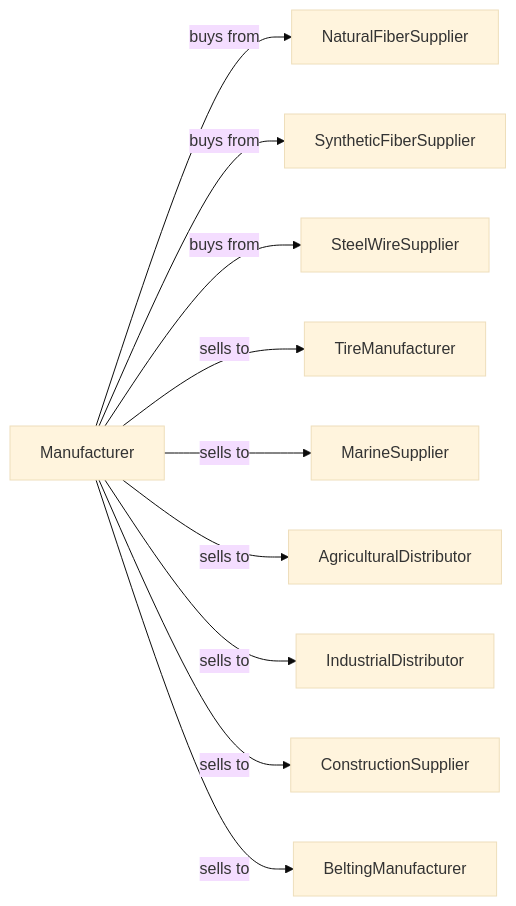
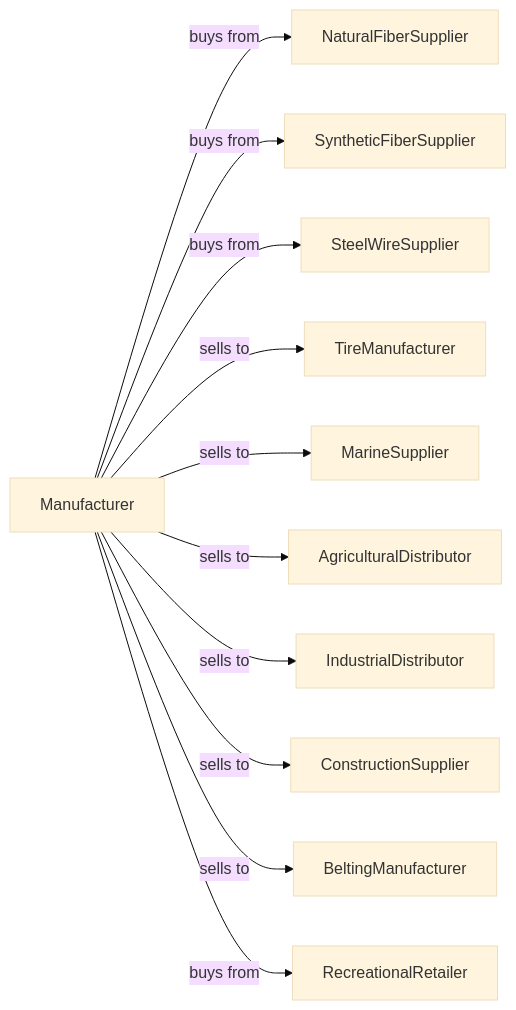
Before and after one commit to dot-org-ai/industries.org.ai: the second of 2 diagrams in Manufacturing/TextileProductMills/OtherTextileProductMills/RopeCordageTwineTireCordAndTireFabricMills.mdx, drawn with Mermaid (base theme). The commit also changed other lines of this file and 588 other files, not shown here.

````diff
--- a/Manufacturing/TextileProductMills/OtherTextileProductMills/RopeCordageTwineTireCordAndTireFabricMills.mdx
+++ b/Manufacturing/TextileProductMills/OtherTextileProductMills/RopeCordageTwineTireCordAndTireFabricMills.mdx
@@ -138,14 +138,15 @@
 ```mermaid
 graph LR
     M[Manufacturer]
 
     M -->|buys from| NaturalFiberSupplier
     M -->|buys from| SyntheticFiberSupplier
     M -->|buys from| SteelWireSupplier
     M -->|sells to| TireManufacturer
     M -->|sells to| MarineSupplier
     M -->|sells to| AgriculturalDistributor
     M -->|sells to| IndustrialDistributor
     M -->|sells to| ConstructionSupplier
     M -->|sells to| BeltingManufacturer
+    M -->|buys from| RecreationalRetailer
 ```
````
